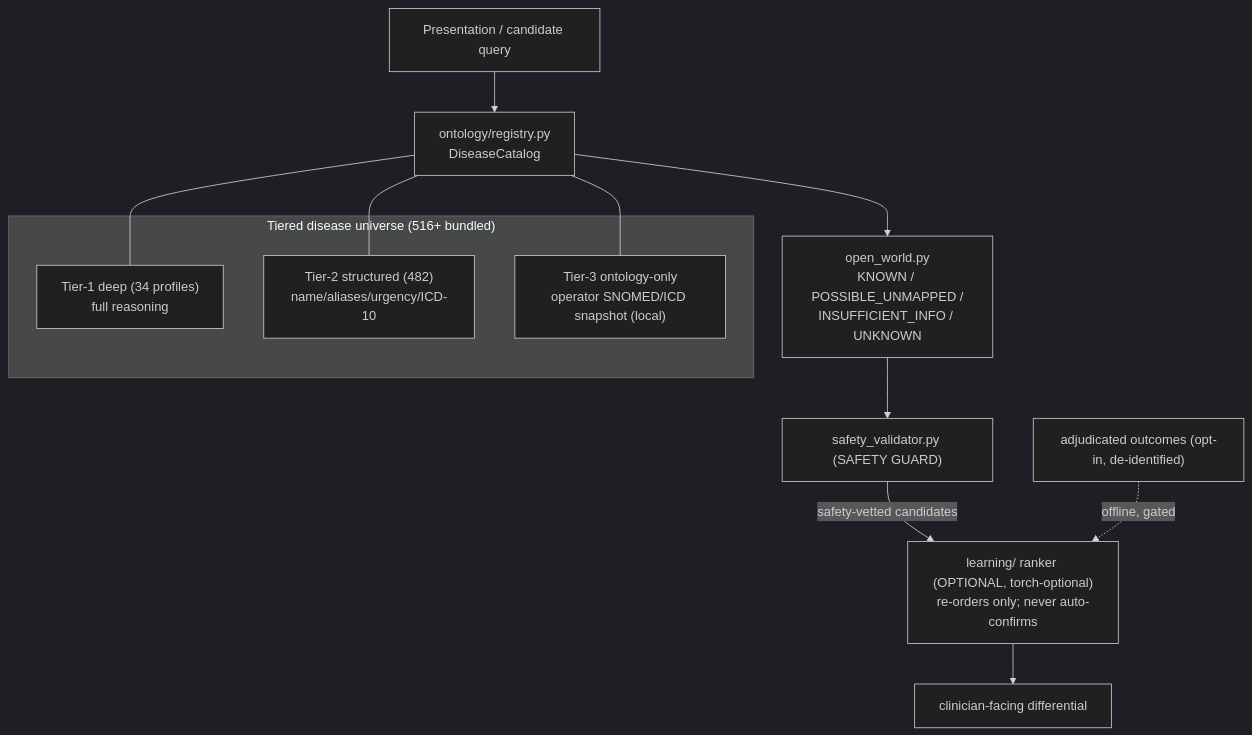
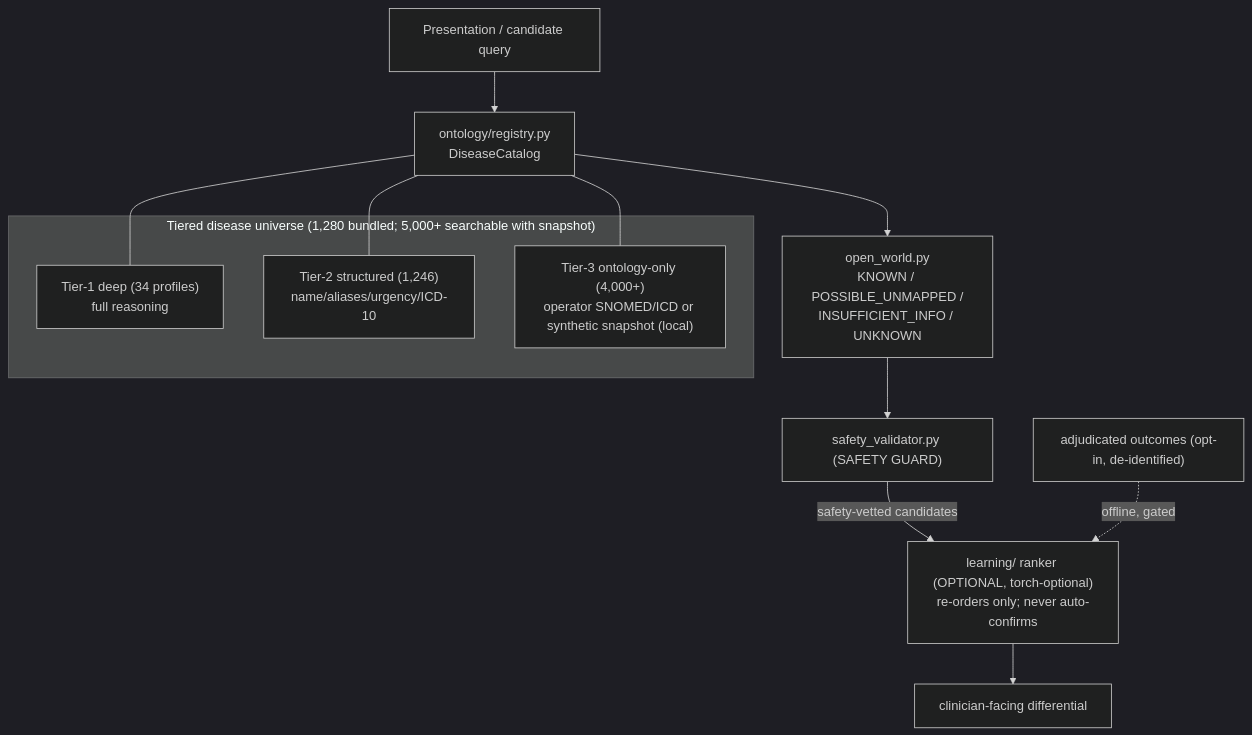
One commit to hundol047/nova changed the second of 2 diagrams in README.md. Above: the diagram before and after it, drawn with Mermaid (dark theme). The commit also changed other lines of this file and 9 other files, not shown here.

First line of the commit message:
Docs: reflect 5,000-searchable universe + v11 current; competition isolation (PHASE 1 PART V+W)

````diff
--- a/README.md
+++ b/README.md
@@ -83,17 +87,17 @@
 ```mermaid
 flowchart TD
   Q["Presentation / candidate query"] --> CAT["ontology/registry.py\nDiseaseCatalog"]
-  subgraph TIERS["Tiered disease universe (516+ bundled)"]
+  subgraph TIERS["Tiered disease universe (1,280 bundled; 5,000+ searchable with snapshot)"]
     T1["Tier-1 deep (34 profiles)\nfull reasoning"]
-    T2["Tier-2 structured (482)\nname/aliases/urgency/ICD-10"]
-    T3["Tier-3 ontology-only\noperator SNOMED/ICD snapshot (local)"]
+    T2["Tier-2 structured (1,246)\nname/aliases/urgency/ICD-10"]
+    T3["Tier-3 ontology-only (4,000+)\noperator SNOMED/ICD or synthetic snapshot (local)"]
   end
   CAT --- T1
   CAT --- T2
   CAT --- T3
   CAT --> OW["open_world.py\nKNOWN / POSSIBLE_UNMAPPED /\nINSUFFICIENT_INFO / UNKNOWN"]
   OW --> SG["safety_validator.py (SAFETY GUARD)"]
   SG -->|safety-vetted candidates| RANK["learning/ ranker (OPTIONAL, torch-optional)\nre-orders only; never auto-confirms"]
   RANK --> DX["clinician-facing differential"]
   OUT["adjudicated outcomes (opt-in, de-identified)"] -.->|offline, gated| RANK
 ```
````
